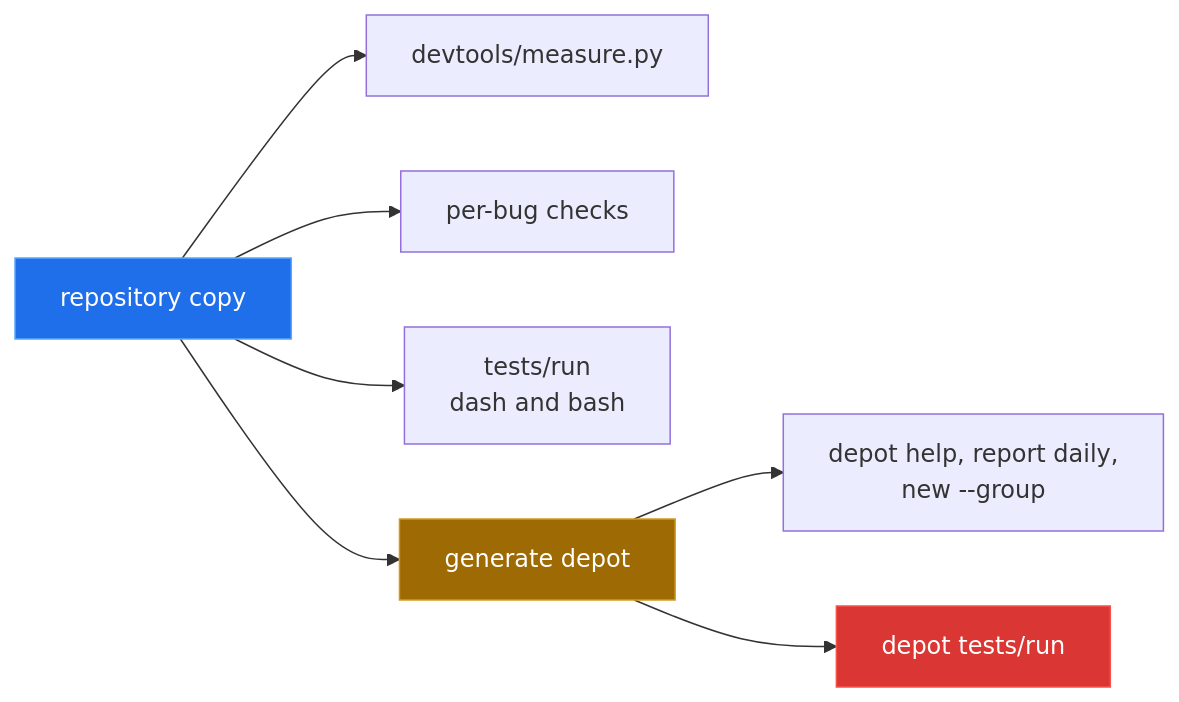
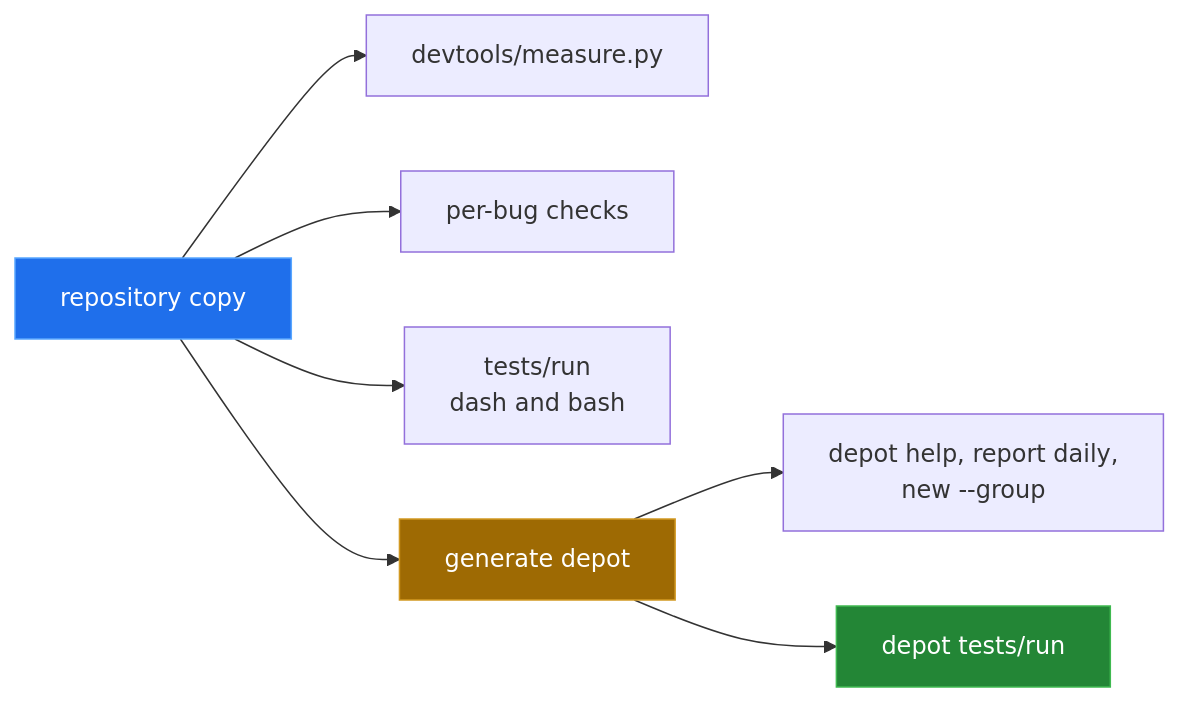
One commit to Bissbert/toolbox.sh changed the diagram in docs/measurement.md. Above: the diagram before and after it, drawn with Mermaid. The commit also changed other lines of this file and 6 other files, not shown here.

````diff
--- a/docs/measurement.md
+++ b/docs/measurement.md
@@ -31,13 +31,13 @@
 ```mermaid
 flowchart LR
     S["repository copy"] --> M["devtools/measure.py"]
     S --> B["per-bug checks"]
     S --> T["tests/run<br/>dash and bash"]
     S --> G["generate depot"]
     G --> GC["depot help, report daily,<br/>new --group"]
     G --> GT["depot tests/run"]
 
     style S fill:#1f6feb,stroke:#58a6ff,color:#fff
     style G fill:#9e6a03,stroke:#d29922,color:#fff
-    style GT fill:#da3633,stroke:#f85149,color:#fff
+    style GT fill:#238636,stroke:#3fb950,color:#fff
 ```
````
